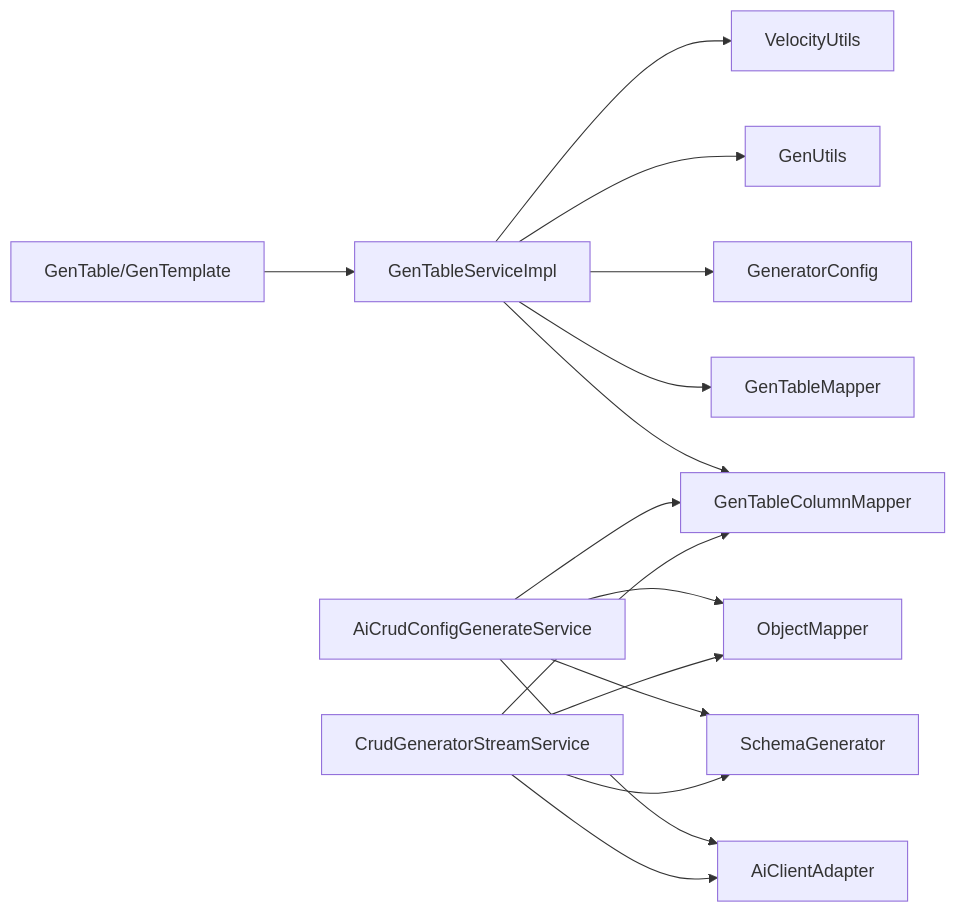
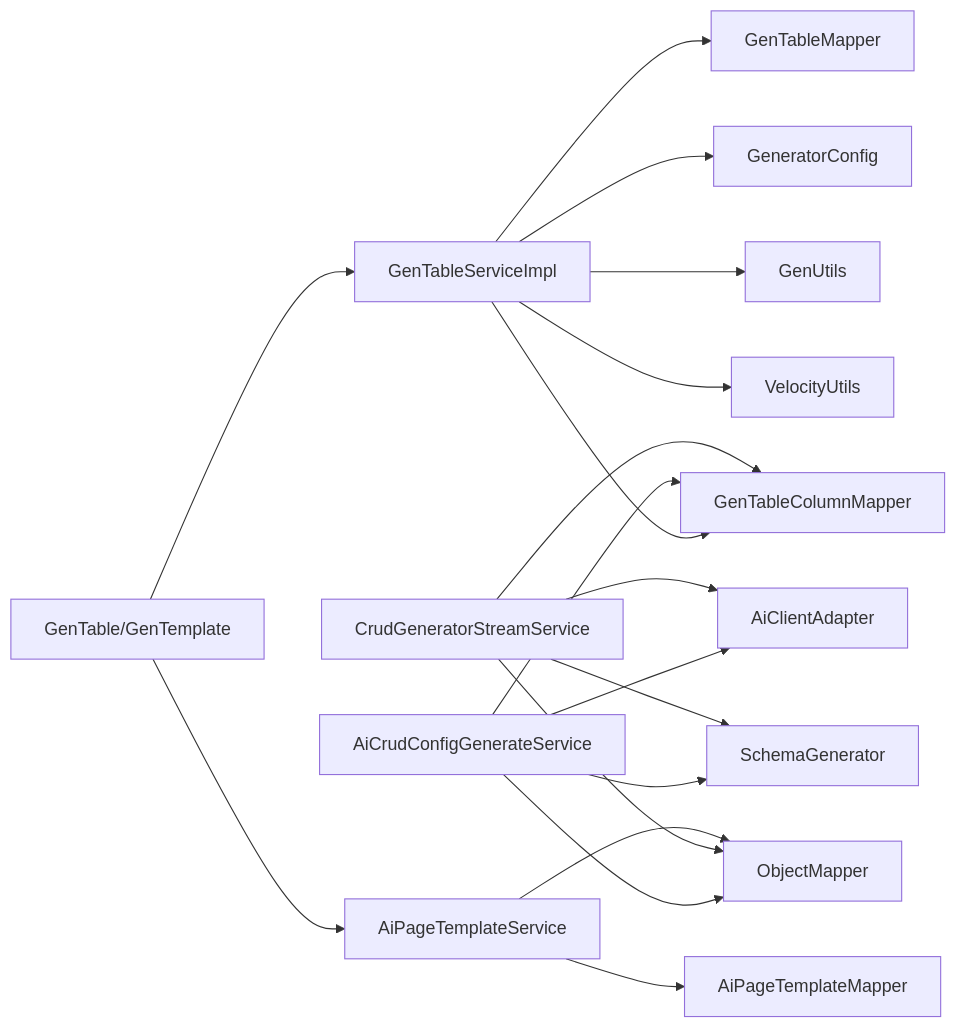
Diagram 11 of 11 in .qoder/repowiki/zh/content/核心功能模块/代码生成器/代码生成器.md (yaomindong1996/forge-admin), drawn with Mermaid before and after one commit. The commit also changed other lines of this file and 7 other files, not shown here.

````diff
--- a/.qoder/repowiki/zh/content/核心功能模块/代码生成器/代码生成器.md
+++ b/.qoder/repowiki/zh/content/核心功能模块/代码生成器/代码生成器.md
@@ -630,17 +699,20 @@
 ```mermaid
 graph LR
 Svc["GenTableServiceImpl"] --> MapperT["GenTableMapper"]
 Svc --> MapperC["GenTableColumnMapper"]
 Svc --> Cfg["GeneratorConfig"]
 Svc --> Utils["GenUtils"]
 Svc --> Vel["VelocityUtils"]
 AI["AiCrudConfigGenerateService"] --> AIAdapter["AiClientAdapter"]
 AI --> SchemaGen["SchemaGenerator"]
 AI --> MapperC
 AI --> ObjectMapper["ObjectMapper"]
 Stream["CrudGeneratorStreamService"] --> AIAdapter
 Stream --> MapperC
 Stream --> SchemaGen
 Stream --> ObjectMapper
+Template["AiPageTemplateService"] --> TemplateMapper["AiPageTemplateMapper"]
+Template --> ObjectMapper
 Model["GenTable/GenTemplate"] --> Svc
+Model --> Template
 ```
````
